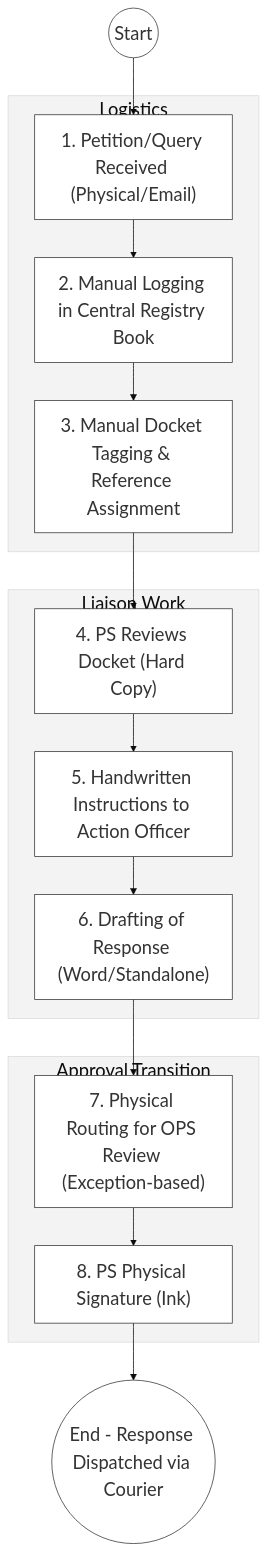
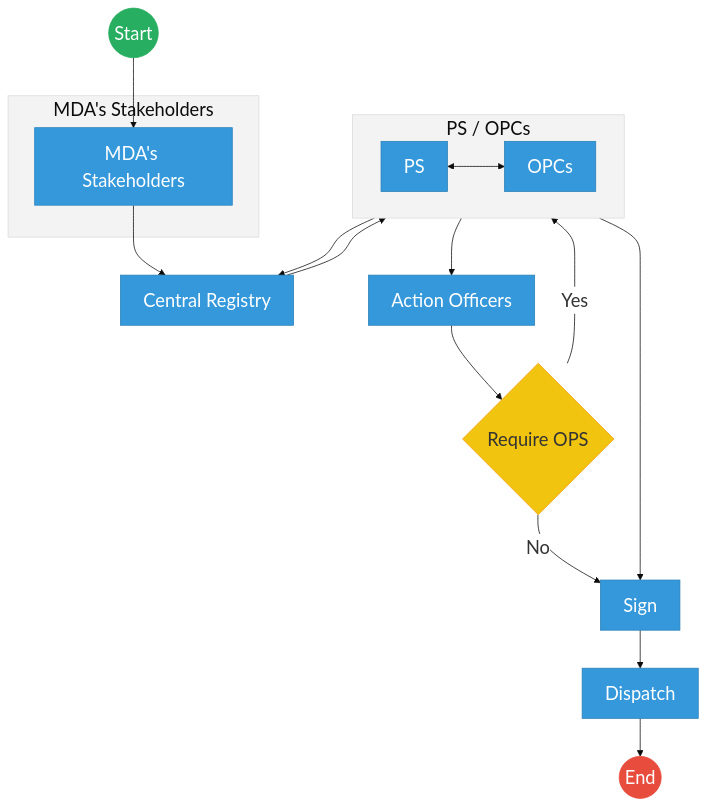
The first of 2 diagrams in mdas/docs_final/priority_mdas/STATE_DEPARTMENT_FOR_PARLIAMENTARY_AFFAIRS___Service_Delivery.md (BITZ-IT-Consulting-LTD/ictapoc), drawn with Mermaid before and after one commit. The commit also changed other lines of this file and 90 other files, not shown here.

````diff
--- a/mdas/docs_final/priority_mdas/STATE_DEPARTMENT_FOR_PARLIAMENTARY_AFFAIRS___Service_Delivery.md
+++ b/mdas/docs_final/priority_mdas/STATE_DEPARTMENT_FOR_PARLIAMENTARY_AFFAIRS___Service_Delivery.md
@@ -77,23 +32,50 @@
 ```mermaid
 %%{init: { 'theme': 'base', 'themeVariables': { 'fontSize': '24px', 'fontFamily': 'Inter, system-ui, sans-serif', 'primaryColor': '#ffffff', 'edgeLabelBackground':'#ffffff', 'tertiaryColor': '#f3f3f3', 'mainBkg': '#ffffff', 'nodeBorder': '#333333' } } }%%
 flowchart TD
-    Start((Start)) --> Submit["1. Petition/Query Received (Physical/Email)"]
-    
-    subgraph Registry_Silo["Logistics"]
-        Submit --> Log["2. Manual Logging in Central Registry Book"]
-        Log --> Ref["3. Manual Docket Tagging & Reference Assignment"]
+    Start((Start))
+    EndProcess(("End"))
+ 
+    subgraph Stakeholders ["MDA's Stakeholders"]
+        Submit["MDA's Stakeholders"]
     end
-
-    subgraph Review_Silo["Liaison Work"]
-        Ref --> PS["4. PS Reviews Docket (Hard Copy)"]
-        PS --> Action["5. Handwritten Instructions to Action Officer"]
-        Action --> Draft["6. Drafting of Response (Word/Standalone)"]
+ 
+    CentralRegistry["Central Registry"]
+ 
+    subgraph PSLayer ["PS / OPCs"]
+        direction LR
+        PS["PS"]
+        OPCs["OPCs"]
+        PS <--> OPCs
     end
-
-    subgraph Signoff_Layer["Approval Transition"]
-        Draft --> OPS["7. Physical Routing for OPS Review (Exception-based)"]
-        OPS --> Sign["8. PS Physical Signature (Ink)"]
-    end
-
-    Sign --> EndProcess(("End - Response Dispatched via Courier"))
+ 
+    ActionOfficers["Action Officers"]
+ 
+    RequireOPS{"Require OPS"}
+ 
+    Sign["Sign"]
+    Dispatch["Dispatch"]
+ 
+    Start --> Submit
+    Submit --> CentralRegistry
+    OPCs --> CentralRegistry
+    CentralRegistry --> PS
+    PS --> ActionOfficers
+    ActionOfficers --> RequireOPS
+ 
+    RequireOPS -- "No" --> Sign
+    RequireOPS -- "Yes" --> OPCs
+    OPCs --> Sign
+ 
+    Sign --> Dispatch
+    Dispatch --> EndProcess
+ 
+    classDef startEvent fill:#27ae60,stroke:#27ae60,color:#fff,font-size:24px;
+    classDef endEvent fill:#e74c3c,stroke:#e74c3c,color:#fff,font-size:24px;
+    classDef userTask fill:#3498db,stroke:#2980b9,color:#fff,font-size:24px;
+    classDef gateway fill:#f1c40f,stroke:#f39c12,color:#333,font-size:24px;
+ 
+    class Start startEvent;
+    class EndProcess endEvent;
+    class RequireOPS gateway;
+    class Submit,CentralRegistry,PS,OPCs,ActionOfficers,Sign,Dispatch userTask;
 ```
````
